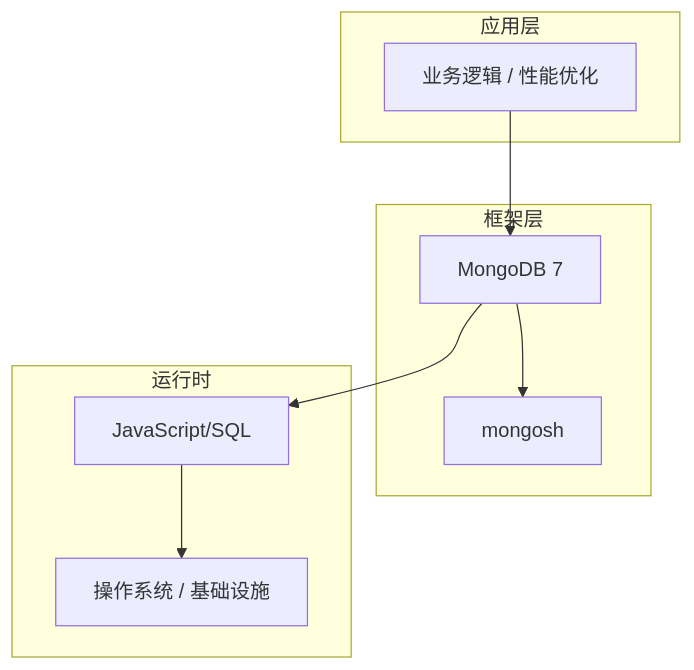
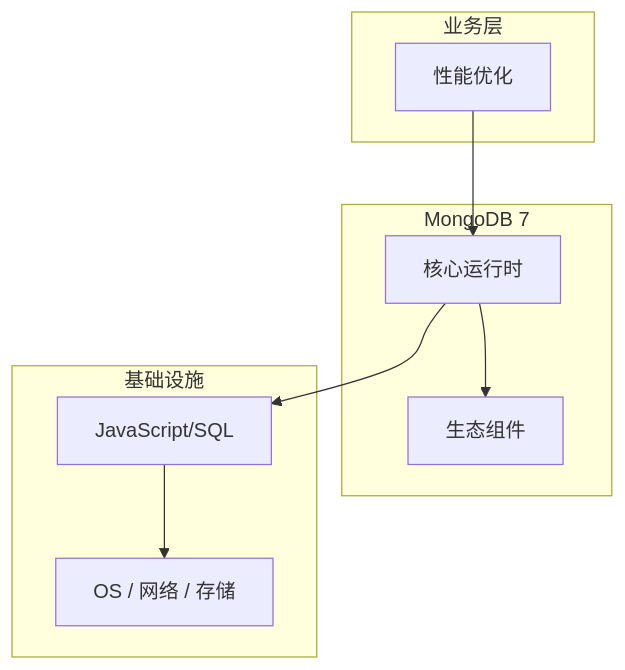
The diagram in articles/MongoDB/chapters/057-性能优化核心概念与原理.md (yanggan2015/knowledge-json-v2), drawn with Mermaid before and after one commit. The commit also changed other lines of this file and 10127 other files, not shown here.

````diff
--- a/articles/MongoDB/chapters/057-性能优化核心概念与原理.md
+++ b/articles/MongoDB/chapters/057-性能优化核心概念与原理.md
@@ -45,18 +34,18 @@
 ```mermaid
 graph TB
-    subgraph 应用层
-        A[业务逻辑 / 性能优化]
+    subgraph 业务层
+        A[性能优化]
     end
-    subgraph 框架层
-        B[MongoDB 7]
-        C[mongosh]
+    subgraph MongoDB 7
+        B[核心运行时]
+        C[生态组件]
     end
-    subgraph 运行时
+    subgraph 基础设施
         D[JavaScript/SQL]
-        E[操作系统 / 基础设施]
+        E[OS / 网络 / 存储]
     end
     A --> B
     B --> C
     B --> D
     D --> E
 ```
````
